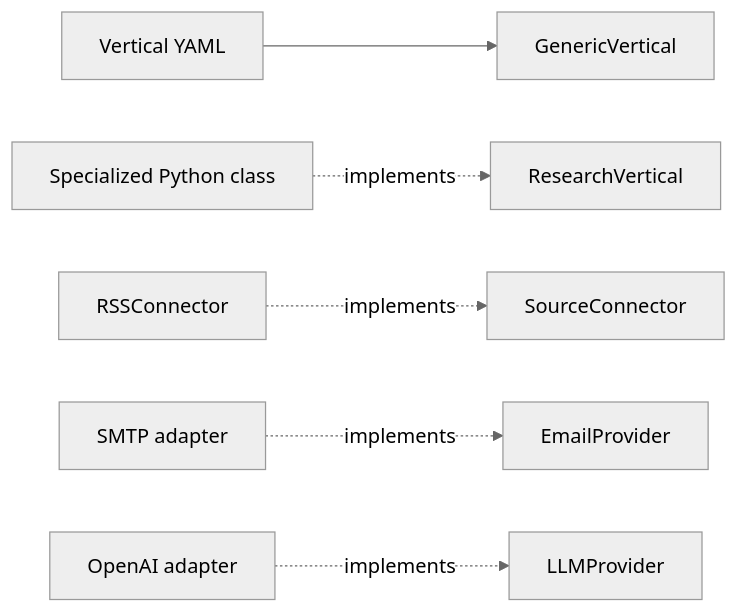
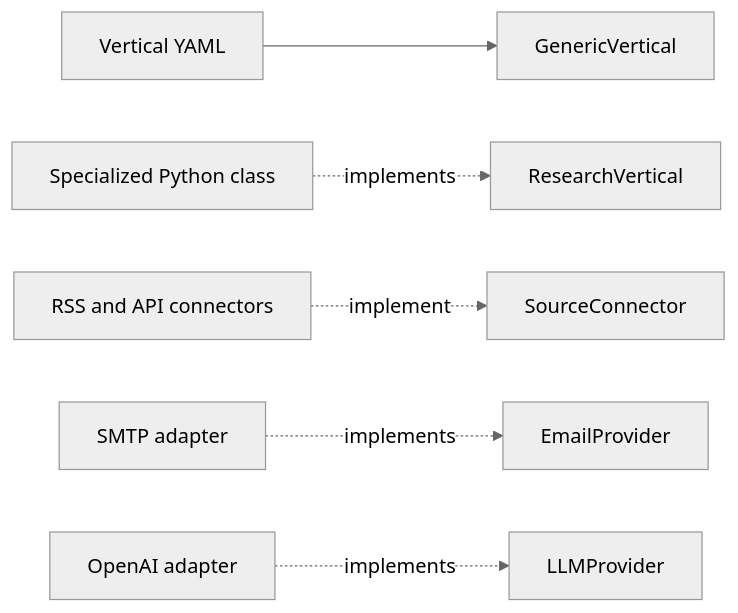
The fifth of 5 diagrams in ARCHITECTURE.md (Vortenix/vortenix-newsletter), drawn with Mermaid (neutral theme) before and after one commit. The commit also changed other lines of this file and 13 other files, not shown here.

Commit message:
docs: align architecture with current workflows

````diff
--- a/ARCHITECTURE.md
+++ b/ARCHITECTURE.md
@@ -96,8 +109,8 @@
 ```mermaid
 flowchart LR
   YAML[Vertical YAML] --> Generic[GenericVertical]
   Specialized[Specialized Python class] -. implements .-> RV[ResearchVertical]
-  RSS[RSSConnector] -. implements .-> SC[SourceConnector]
+  Sources[RSS and API connectors] -. implement .-> SC[SourceConnector]
   SMTP[SMTP adapter] -. implements .-> EP[EmailProvider]
   OpenAI[OpenAI adapter] -. implements .-> LP[LLMProvider]
 ```
````
